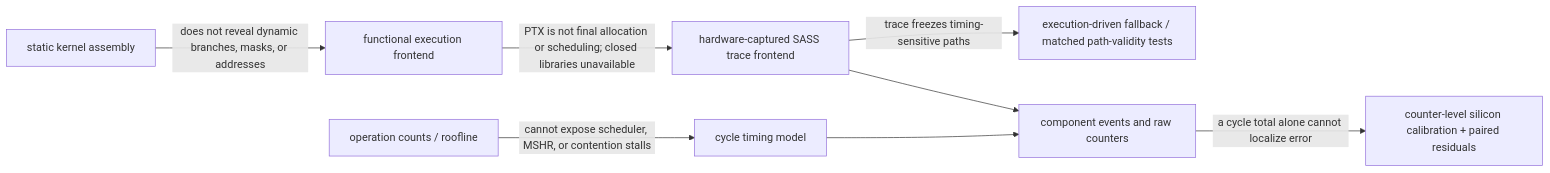
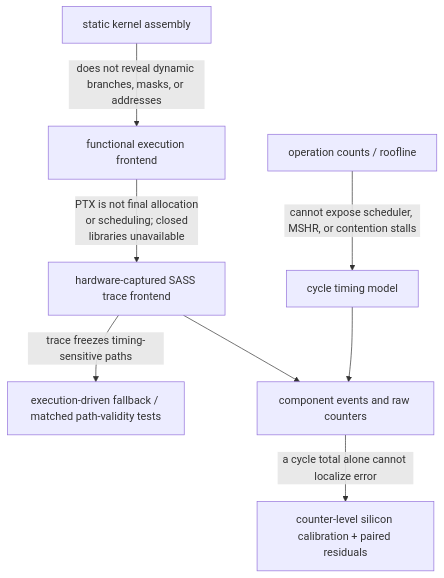
One commit to Wty2003328/silicon-design-notebook changed the first of 6 diagrams in 01_Architecture_and_PPA/02_GPU_Architecture/04_Simulation/01_GPU_Simulators.md. Above: the diagram before and after it, drawn with Mermaid. The commit also changed other lines of this file and 125 other files, not shown here.

First line of the commit message:
Complete the AMBA family, refresh the learning path, and make every figure and formula actually render

````diff
--- a/01_Architecture_and_PPA/02_GPU_Architecture/04_Simulation/01_GPU_Simulators.md
+++ b/01_Architecture_and_PPA/02_GPU_Architecture/04_Simulation/01_GPU_Simulators.md
@@ -29,10 +29,10 @@
 ```mermaid
-flowchart LR
+flowchart TD
     A["operation counts / roofline"] -->|"cannot expose scheduler, MSHR, or contention stalls"| B["cycle timing model"]
     C["static kernel assembly"] -->|"does not reveal dynamic branches, masks, or addresses"| D["functional execution frontend"]
-    D -->|"PTX is not final allocation or scheduling; closed libraries unavailable"| E["hardware-captured SASS trace frontend"]
+    D -->|"PTX is not final allocation<br/>or scheduling; closed<br/>libraries unavailable"| E["hardware-captured SASS trace frontend"]
     E -->|"trace freezes timing-sensitive paths"| F["execution-driven fallback / matched path-validity tests"]
     B --> G["component events and raw counters"]
     E --> G
     G -->|"a cycle total alone cannot localize error"| H["counter-level silicon calibration + paired residuals"]
 ```
````
